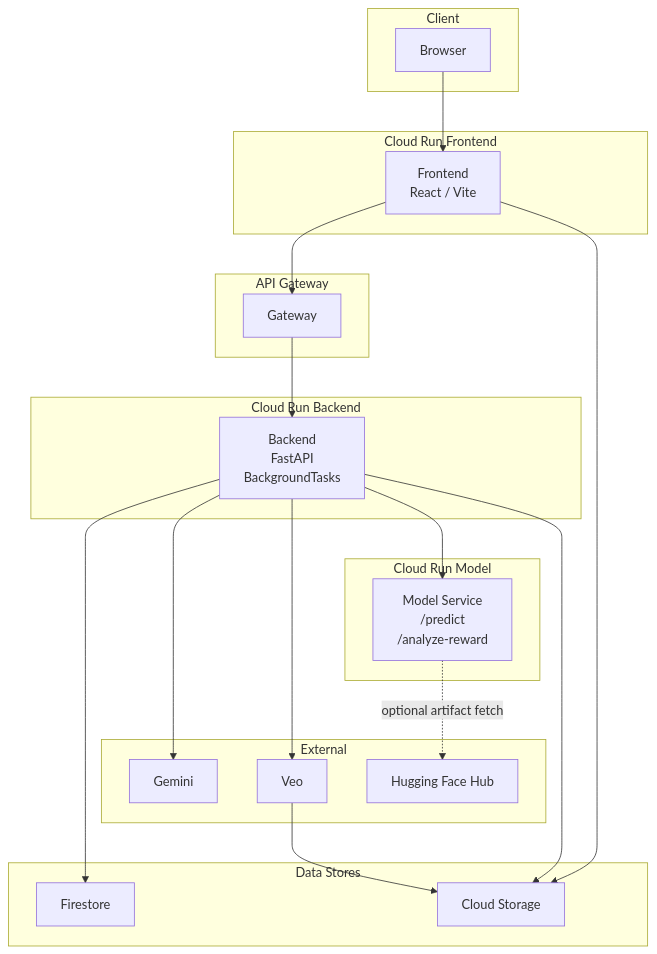
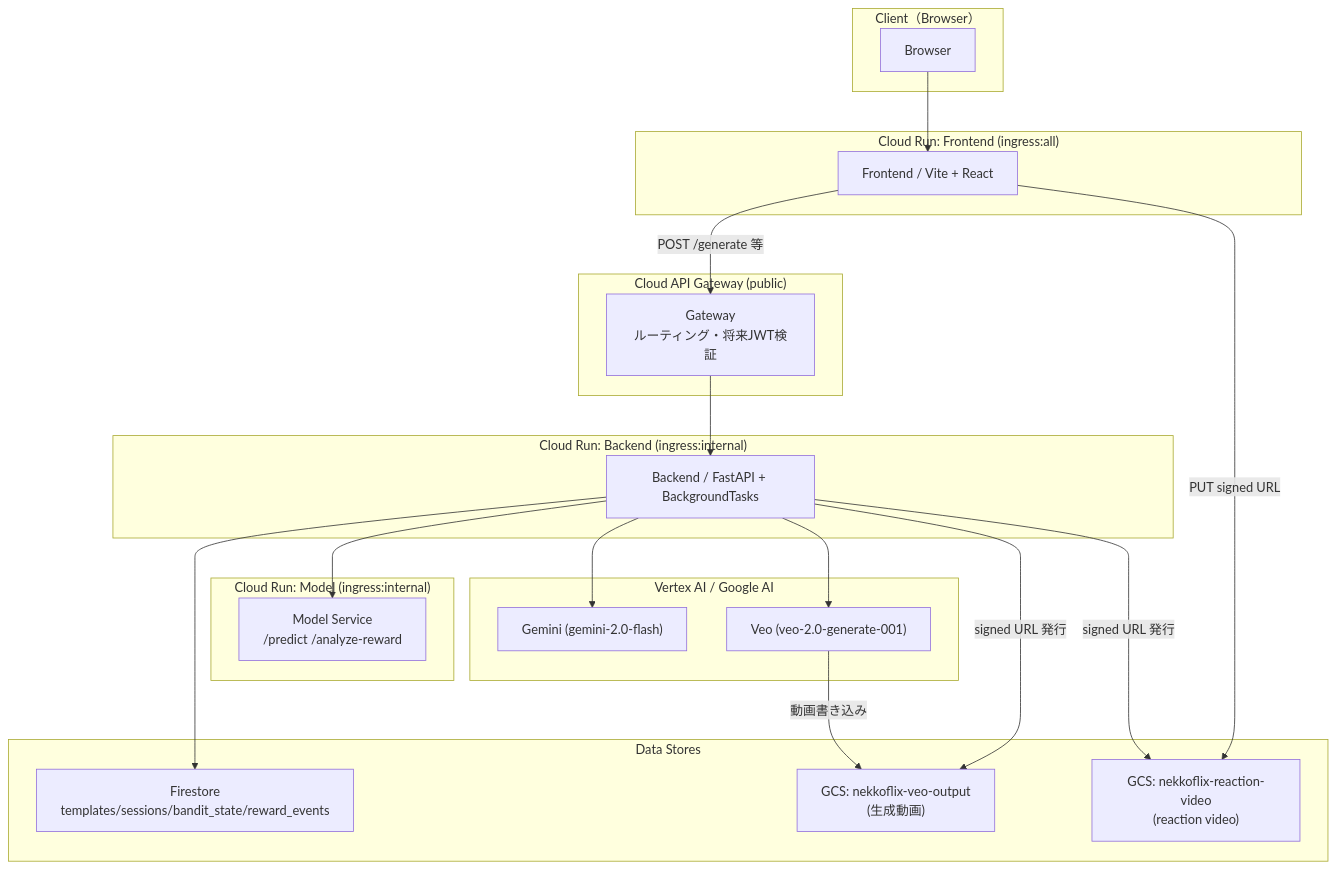
The first of 8 diagrams in docs/ja/INFRASTRUCTURE.md (soy-sorce/tea-pillar), drawn with Mermaid before and after one commit. The commit also changed other lines of this file and 4 other files, not shown here.

````diff
--- a/docs/ja/INFRASTRUCTURE.md
+++ b/docs/ja/INFRASTRUCTURE.md
@@ -52,45 +31,46 @@
 ```mermaid
 graph TB
-    subgraph Client["Client"]
+    subgraph Client["Client（Browser）"]
         BR["Browser"]
     end
 
-    subgraph FECR["Cloud Run Frontend"]
-        FE["Frontend\nReact / Vite"]
+    subgraph FECR["Cloud Run: Frontend (ingress:all)"]
+        FE["Frontend / Vite + React"]
     end
 
-    subgraph GW["API Gateway"]
-        APIGW["Gateway"]
+    subgraph GW["Cloud API Gateway (public)"]
+        APIGW["Gateway\nルーティング・将来JWT検証"]
     end
 
-    subgraph BECR["Cloud Run Backend"]
-        BE["Backend\nFastAPI\nBackgroundTasks"]
+    subgraph BECR["Cloud Run: Backend (ingress:internal)"]
+        BE["Backend / FastAPI + BackgroundTasks"]
     end
 
-    subgraph MDCR["Cloud Run Model"]
-        MS["Model Service\n/predict\n/analyze-reward"]
+    subgraph MDCR["Cloud Run: Model (ingress:internal)"]
+        MS["Model Service\n/predict  /analyze-reward"]
     end
 
     subgraph Data["Data Stores"]
-        FS["Firestore"]
-        GCS["Cloud Storage"]
+        FS["Firestore\ntemplates/sessions/bandit_state/reward_events"]
+        GCS_V["GCS: nekkoflix-veo-output\n(生成動画)"]
+        GCS_R["GCS: nekkoflix-reaction-video\n(reaction video)"]
     end
 
-    subgraph Ext["External"]
-        GM["Gemini"]
-        VEO["Veo"]
-        HF["Hugging Face Hub"]
+    subgraph GenAI["Vertex AI / Google AI"]
+        GM["Gemini (gemini-2.0-flash)"]
+        VEO["Veo (veo-2.0-generate-001)"]
     end
 
     BR --> FE
-    FE --> APIGW
+    FE -->|"POST /generate 等"| APIGW
     APIGW --> BE
-    FE --> GCS
+    FE -->|"PUT signed URL"| GCS_R
+
     BE --> MS
     BE --> GM
     BE --> VEO
     BE --> FS
-    BE --> GCS
-    VEO --> GCS
-    MS -. optional artifact fetch .-> HF
+    BE -->|"signed URL 発行"| GCS_R
+    BE -->|"signed URL 発行"| GCS_V
+    VEO -->|"動画書き込み"| GCS_V
 ```
````
